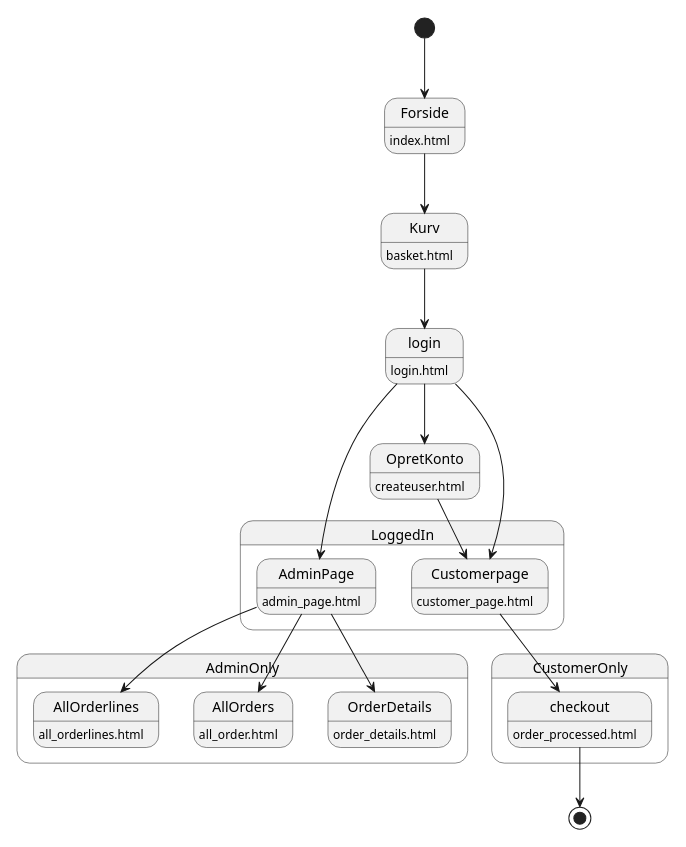
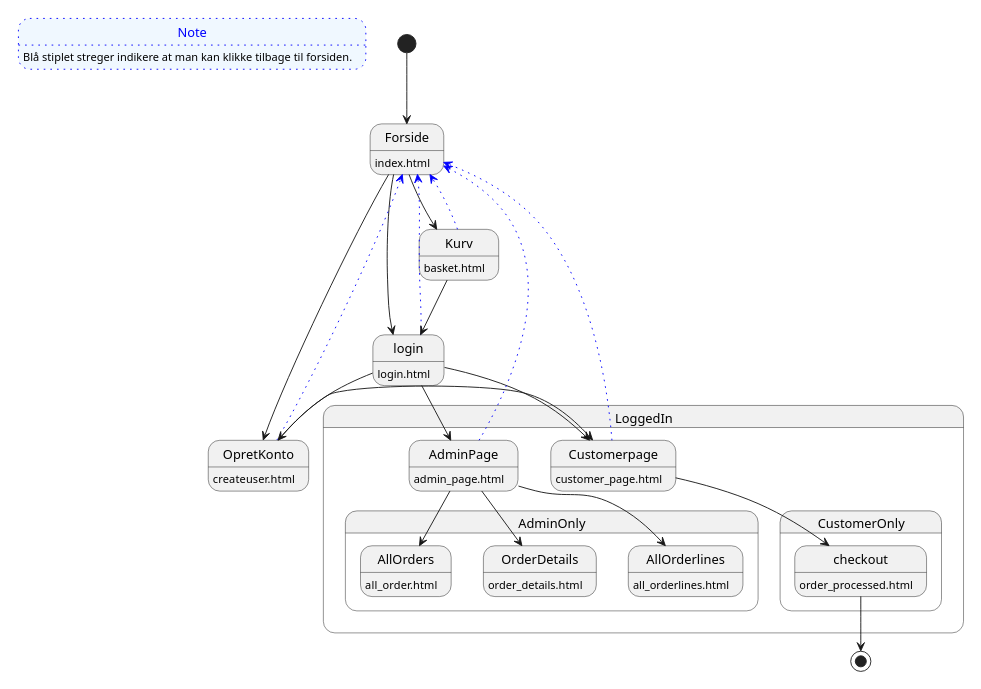
One commit to FruSchwencke/Cupcake_2024 changed the diagram in src/main/resources/persistance/Navigation.puml. Above: the diagram before and after it, drawn with PlantUML.

```diff
--- a/src/main/resources/persistance/Navigation.puml
+++ b/src/main/resources/persistance/Navigation.puml
@@ -1,46 +1,60 @@
 @startuml
 'https://plantuml.com/state-diagram
 
 scale 400 width
+scale 400 height
+
+state Note  #aliceblue;line:blue;line.dotted;text:blue   : Blå stiplet streger indikere at man kan klikke tilbage til forsiden.
+
+
 [*] --> Forside
 Forside --> Kurv
+Forside --> login
+Forside -->OpretKonto
 Kurv --> login
+Kurv -[dotted,#blue]-> Forside
+login -[dotted,#blue]->Forside
+OpretKonto -[dotted,#blue]->Forside
 
 Kurv: basket.html
 Forside: index.html
 OpretKonto : createuser.html
 login: login.html
 
 
 
 login --> OpretKonto
+
 state LoggedIn{
 login --> AdminPage
 login --> Customerpage
 OpretKonto --> Customerpage
 
 AdminPage : admin_page.html
 Customerpage: customer_page.html
 
-}
+
 
 state AdminOnly{
 AdminPage --> AllOrders
 AdminPage --> AllOrderlines
 AdminPage --> OrderDetails
+AdminPage -[dotted,#blue]-> Forside
 
 AllOrders: all_order.html
 AllOrderlines: all_orderlines.html
 OrderDetails: order_details.html
 }
 state CustomerOnly{
 Customerpage --> checkout
+Customerpage -[dotted,#blue]-> Forside
+checkout:order_processed.html
+}
 
-checkout:order_processed.html
 }
 checkout -->[*]
 
 
 
 
 @enduml
```
